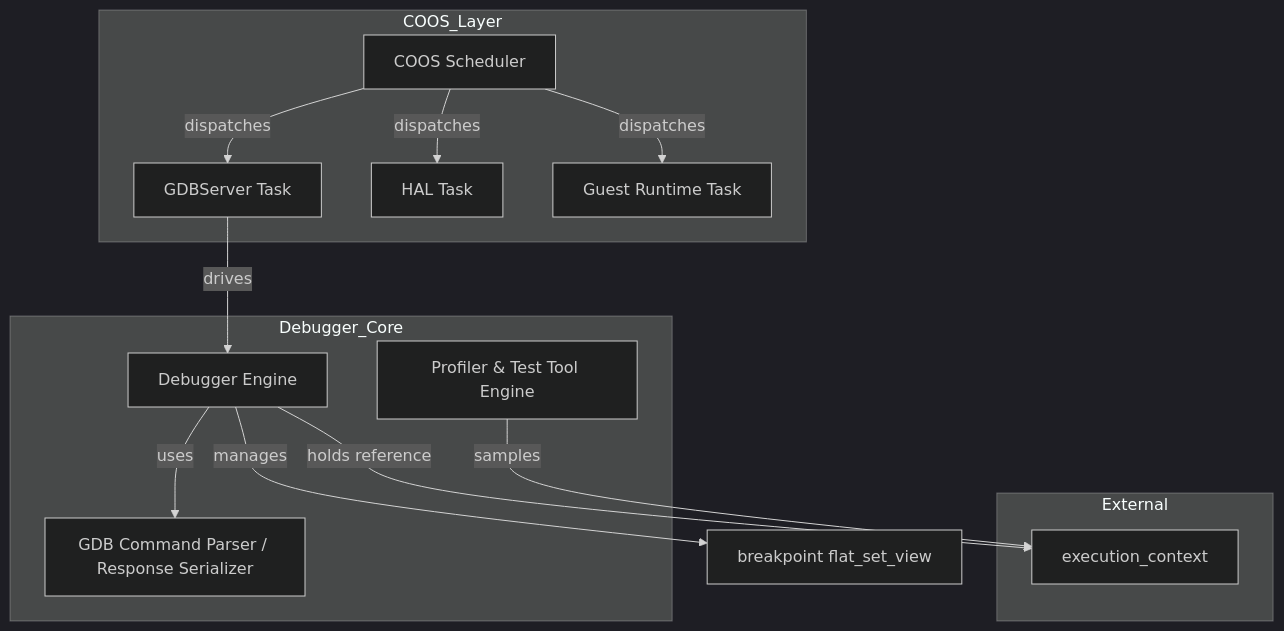
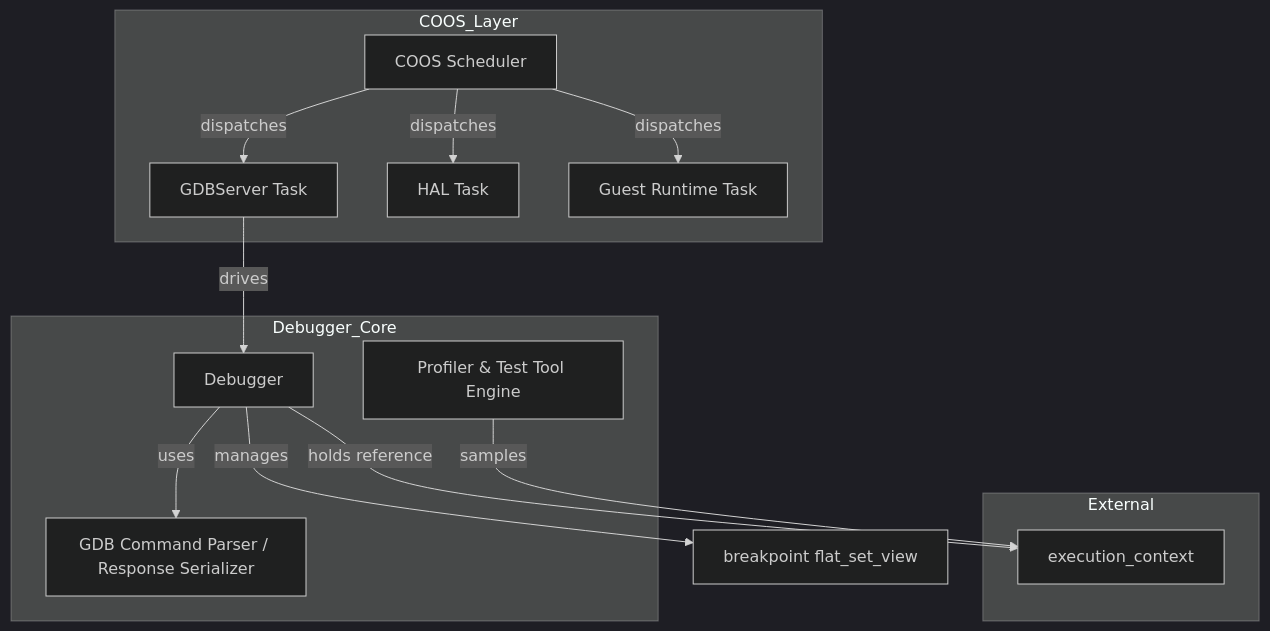
One commit to kmt-t/fireball changed the first of 4 diagrams in docs/components/tier2_runtime/debug_manager.md. Above: the diagram before and after it, drawn with Mermaid (dark theme). The commit also changed other lines of this file and 18 other files, not shown here.

Commit message:
docs: harmonize component diagrams, state transitions, and symlinks across specifications

````diff
--- a/docs/components/tier2_runtime/debug_manager.md
+++ b/docs/components/tier2_runtime/debug_manager.md
@@ -25,28 +25,28 @@
 ```mermaid
 graph TD
     subgraph COOS_Layer
         Sched[COOS Scheduler]
         GdbTask[GDBServer Task]
         HalTask[HAL Task]
         GuestTask[Guest Runtime Task]
     end
 
     subgraph Debugger_Core
-        Engine[Debugger Engine]
+        Engine[Debugger]
         RspParser[GDB Command Parser / Response Serializer]
         Profiler[Profiler & Test Tool Engine]
     end
 
     subgraph External
         ECtx[execution_context]
     end
 
     Sched -- dispatches --> GdbTask
     Sched -- dispatches --> HalTask
     Sched -- dispatches --> GuestTask
     GdbTask -- drives --> Engine
     Engine -- uses --> RspParser
     Engine -- holds reference --> ECtx
     Engine -- manages --> BP[breakpoint flat_set_view]
     Profiler -- samples --> ECtx
 ```
````
